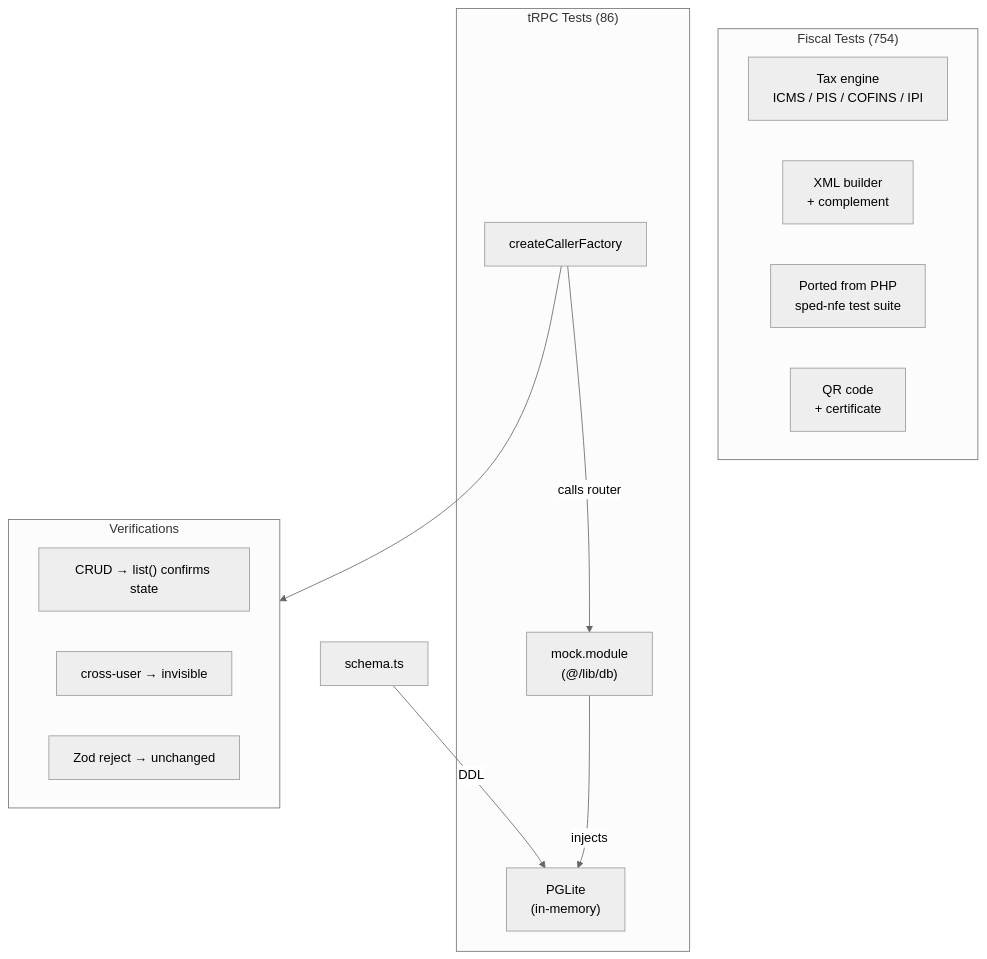
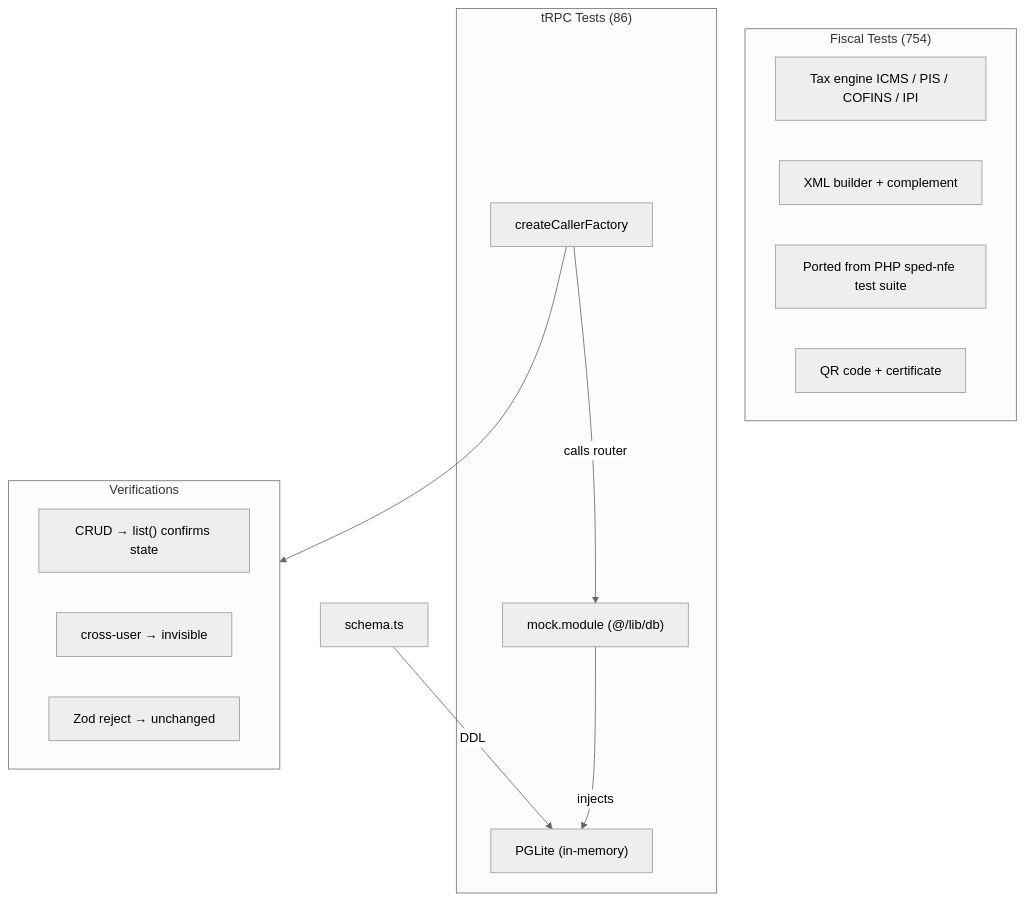
The fifth of 6 diagrams in README.md (JoaoHenriqueBarbosa/FinOpenPOS), drawn with Mermaid (neutral theme) before and after one commit. The commit also changed other lines of this file and 4 other files, not shown here.

````diff
--- a/README.md
+++ b/README.md
@@ -323,27 +323,27 @@
 ```mermaid
 flowchart TB
   subgraph FiscalTests["Fiscal Tests (754)"]
-    TaxTests["Tax engine\nICMS / PIS / COFINS / IPI"]
-    XMLTests["XML builder\n+ complement"]
-    PortedTests["Ported from PHP\nsped-nfe test suite"]
-    QRTests["QR code\n+ certificate"]
+    TaxTests["Tax engine ICMS / PIS / COFINS / IPI"]
+    XMLTests["XML builder + complement"]
+    PortedTests["Ported from PHP sped-nfe test suite"]
+    QRTests["QR code + certificate"]
   end
 
   subgraph tRPCTests["tRPC Tests (86)"]
-    PGLite["PGLite\n(in-memory)"]
-    Mock["mock.module\n(@/lib/db)"]
+    PGLite["PGLite (in-memory)"]
+    Mock["mock.module (@/lib/db)"]
     Caller["createCallerFactory"]
   end
 
   Schema["schema.ts"] -->|DDL| PGLite
   Mock -->|injects| PGLite
   Caller -->|calls router| Mock
 
   subgraph Verifications
     CRUD["CRUD → list() confirms state"]
     Isolation["cross-user → invisible"]
     Zod["Zod reject → unchanged"]
   end
 
   Caller --> Verifications
 ```
````
